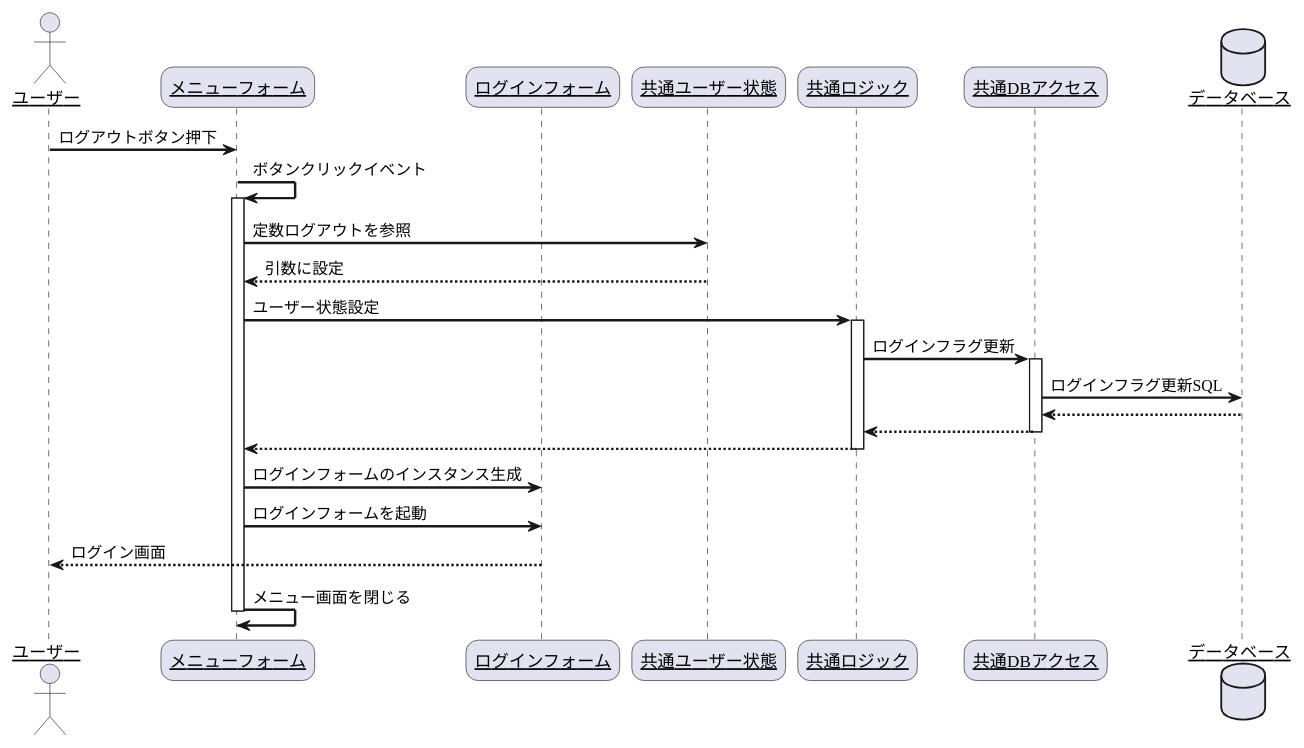
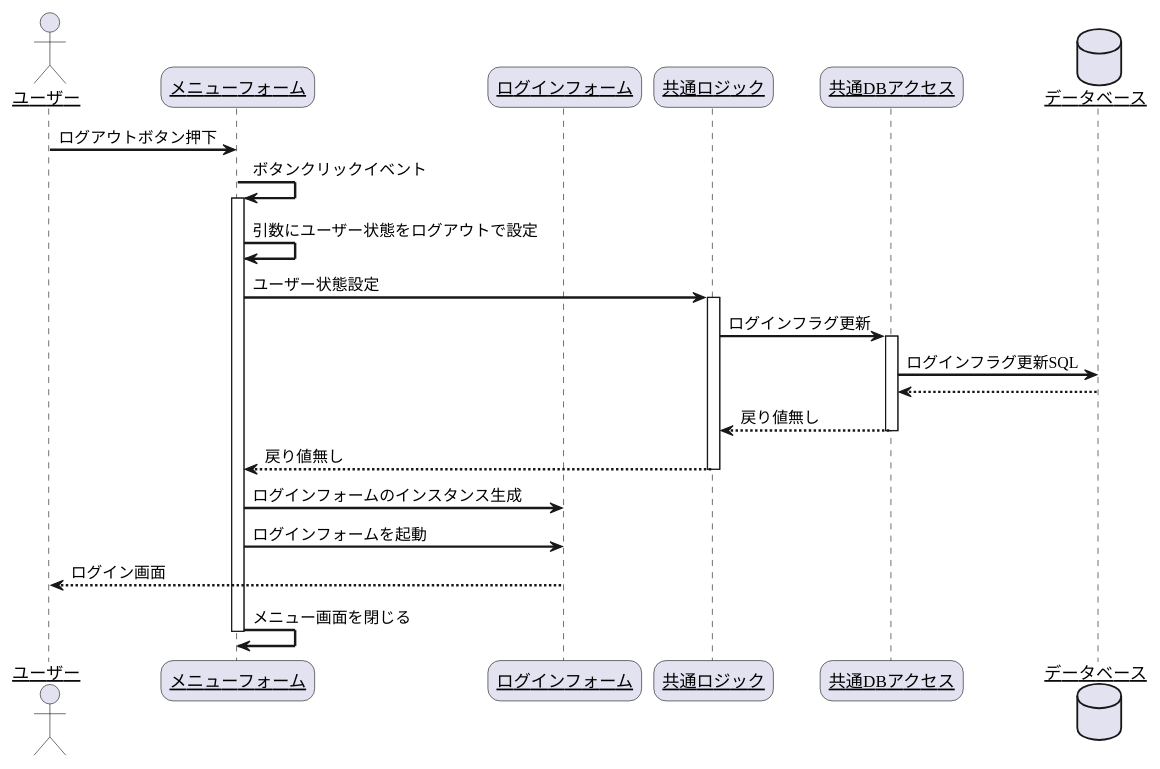
One commit to R-SAIKI/practiceUML changed the diagram in シーケンス図/ログアウト.pu. Above: the diagram before and after it, drawn with PlantUML. The commit also changed 9 other files, not shown here.

```diff
--- a/シーケンス図/ログアウト.pu
+++ b/シーケンス図/ログアウト.pu
@@ -1,36 +1,34 @@
 @startuml
 skinparam sequenceArrowThickness 2
 skinparam roundcorner 20
 skinparam maxmessagesize 60
 skinparam sequenceParticipant underline
 
 actor "ユーザー" as user
 participant "メニューフォーム" as menu_form
 participant "ログインフォーム" as login_form
-participant "共通ユーザー状態" as enum_user
 participant "共通ロジック" as common_logic
 participant "共通DBアクセス" as common_db
 database "データベース" as db
 
 user -> menu_form: ログアウトボタン押下
 menu_form -> menu_form: ボタンクリックイベント
 activate menu_form
-menu_form -> enum_user: 定数ログアウトを参照
-enum_user --> menu_form: 引数に設定
+menu_form -> menu_form: 引数にユーザー状態をログアウトで設定
 menu_form -> common_logic: ユーザー状態設定
 activate common_logic
 common_logic -> common_db: ログインフラグ更新
 activate common_db
 common_db -> db: ログインフラグ更新SQL
 db --> common_db: 
-common_db --> common_logic: 
+common_db --> common_logic: 戻り値無し
 deactivate common_db
-common_logic --> menu_form: 
+common_logic --> menu_form: 戻り値無し
 deactivate common_logic
 menu_form -> login_form: ログインフォームのインスタンス生成
 menu_form -> login_form: ログインフォームを起動
 login_form --> user: ログイン画面
 menu_form -> menu_form: メニュー画面を閉じる
 deactivate menu_form
 
 @enduml
```
